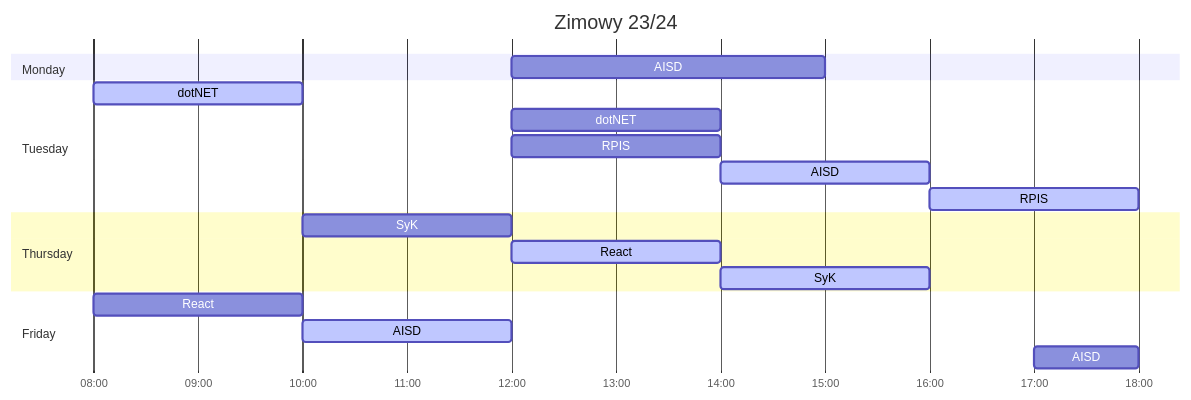
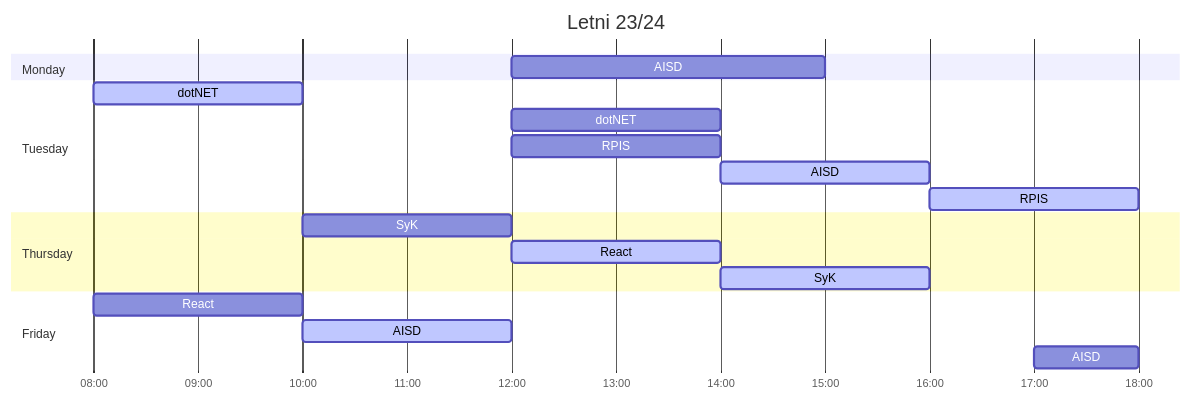
Before and after one commit to PatrykFlama/UWr: the second of 5 diagrams in README.md, drawn with Mermaid. The commit also changed other lines of this file and 17 other files, not shown here.

````diff
--- a/README.md
+++ b/README.md
@@ -11,28 +48,28 @@
 ```mermaid
 gantt
-    title Zimowy 23/24
+    title Letni 23/24
     dateFormat HH
     axisFormat %H:%M
 
     section Monday
         AISD                            : 12, 15
 
     section Tuesday
         dotNET                          : active, 08, 10
         dotNET                          : 12, 14
         RPIS                            : 12, 14
         AISD                            : active, 14, 16
         RPIS                            : active, 16, 18
 
     section Wednesday
 
     section Thursday
         SyK                             : 10, 12
         React                           : active, 12, 14
         SyK                             : active, 14, 16
 
     section Friday
         React                           : 08, 10
         AISD                            : active, 10, 12
         AISD                            : 17, 18
 ```
````
